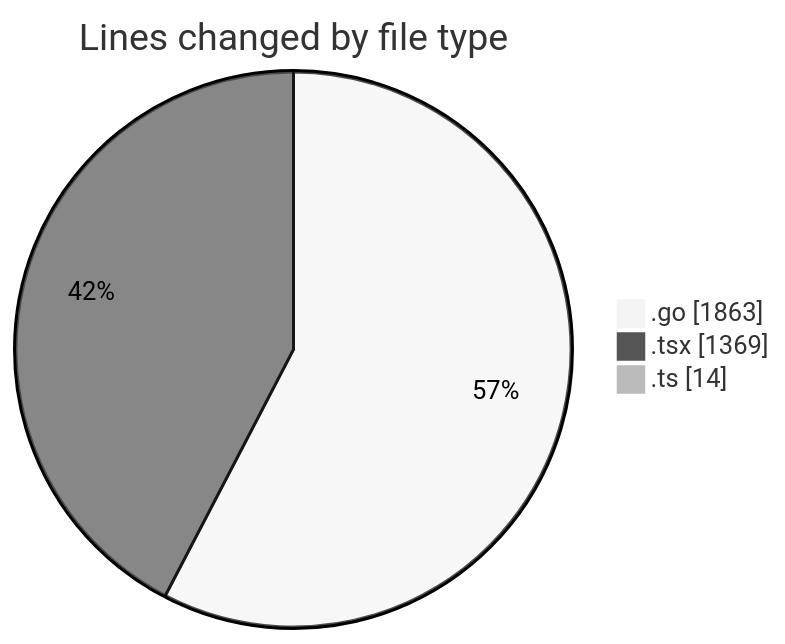
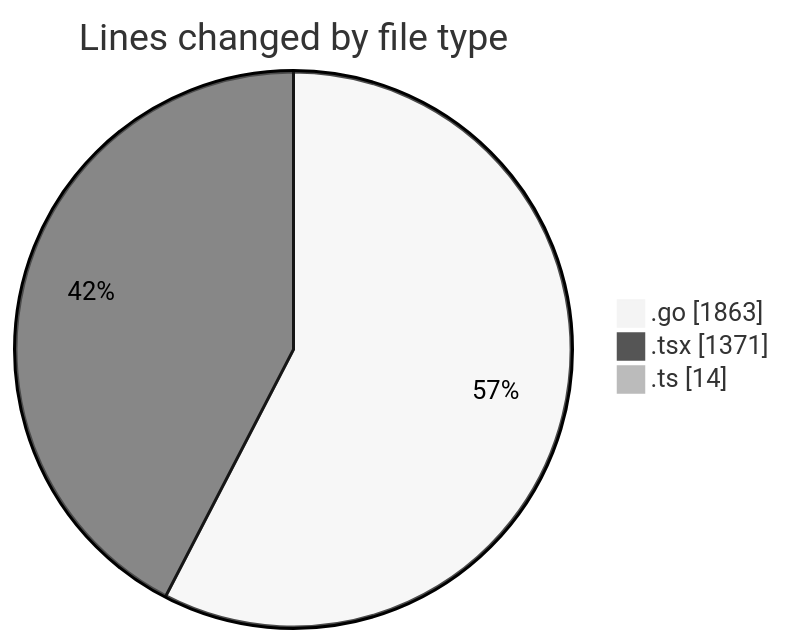
Before and after one commit to robertbonfada/code-tracking: the first of 2 diagrams in 2025-03-05/termonied_testador/README.md, drawn with Mermaid (neutral theme). The commit also changed other lines of this file and 1 other file, not shown here.

````diff
--- a/2025-03-05/termonied_testador/README.md
+++ b/2025-03-05/termonied_testador/README.md
@@ -33,7 +33,7 @@
 ```mermaid
 pie showData
 title Lines changed by file type
 ".go" : 1863
-".tsx" : 1369
+".tsx" : 1371
 ".ts" : 14
 ```
````
